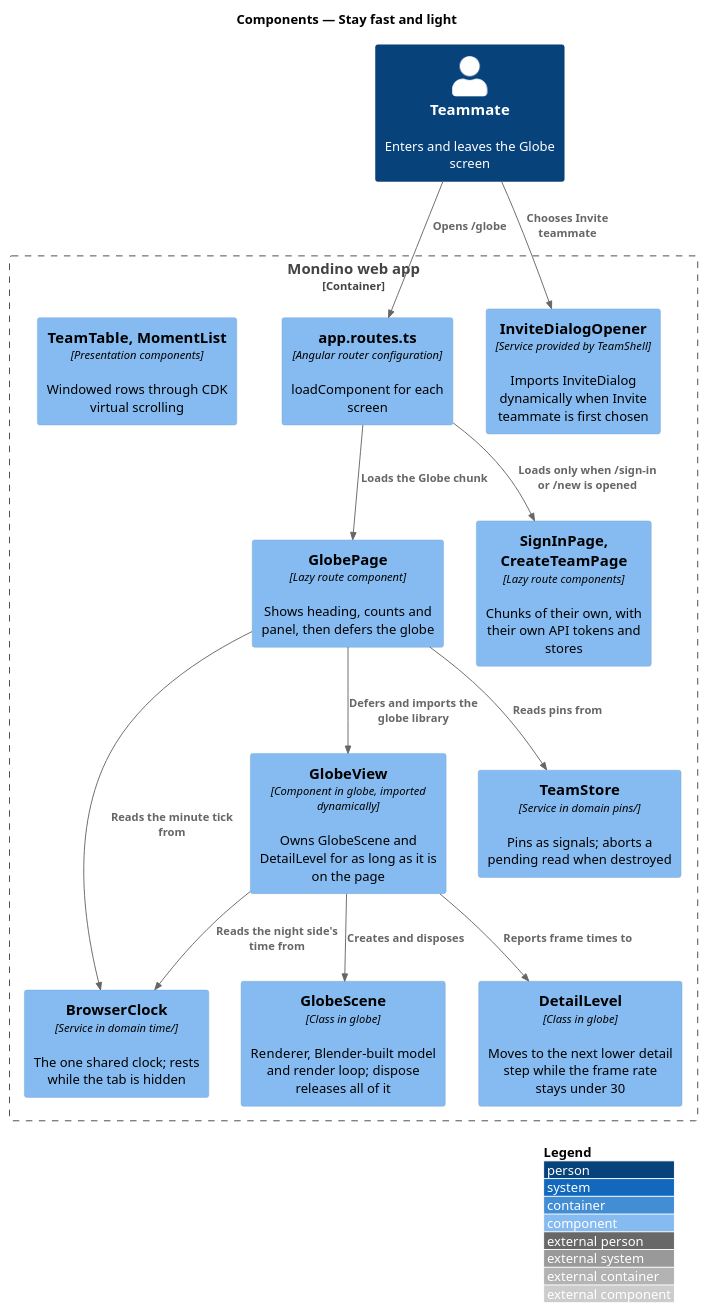
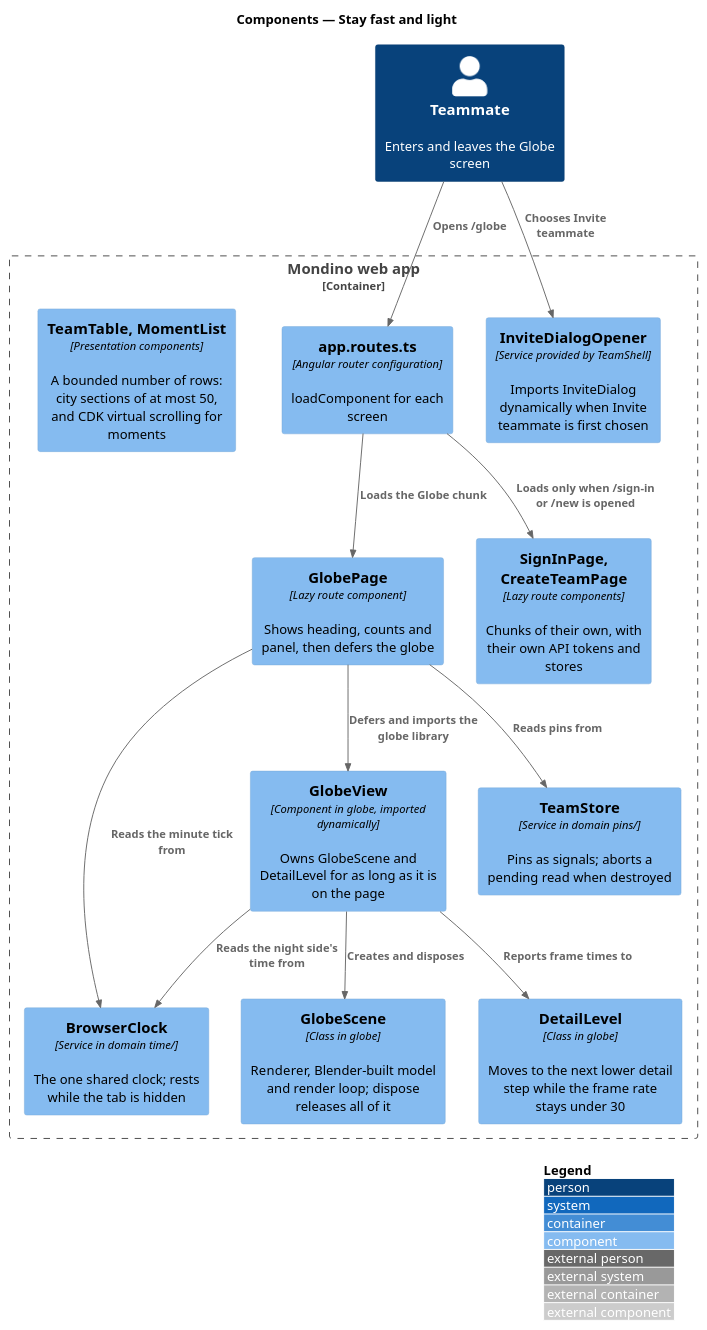
The diagram in docs/detailed-designs/platform/stay-fast-and-light/diagrams/c4-component.puml (QuinntyneBrown/Mondino), drawn with PlantUML before and after one commit. The commit also changed 16 other files, not shown here.

```diff
--- a/docs/detailed-designs/platform/stay-fast-and-light/diagrams/c4-component.puml
+++ b/docs/detailed-designs/platform/stay-fast-and-light/diagrams/c4-component.puml
@@ -1,29 +1,29 @@
 @startuml
 !include <C4/C4_Component>
 LAYOUT_WITH_LEGEND()
 title Components — Stay fast and light
 
 Person(teammate, "Teammate", "Enters and leaves the Globe screen")
 Container_Boundary(spa, "Mondino web app") {
   Component(routes, "app.routes.ts", "Angular router configuration", "loadComponent for each screen")
   Component(page, "GlobePage", "Lazy route component", "Shows heading, counts and panel, then defers the globe")
   Component(view, "GlobeView", "Component in globe, imported dynamically", "Owns GlobeScene and DetailLevel for as long as it is on the page")
   Component(scene, "GlobeScene", "Class in globe", "Renderer, Blender-built model and render loop; dispose releases all of it")
   Component(detail, "DetailLevel", "Class in globe", "Moves to the next lower detail step while the frame rate stays under 30")
   Component(clock, "BrowserClock", "Service in domain time/", "The one shared clock; rests while the tab is hidden")
   Component(store, "TeamStore", "Service in domain pins/", "Pins as signals; aborts a pending read when destroyed")
   Component(opener, "InviteDialogOpener", "Service provided by TeamShell", "Imports InviteDialog dynamically when Invite teammate is first chosen")
   Component(auth, "SignInPage, CreateTeamPage", "Lazy route components", "Chunks of their own, with their own API tokens and stores")
-  Component(lists, "TeamTable, MomentList", "Presentation components", "Windowed rows through CDK virtual scrolling")
+  Component(lists, "TeamTable, MomentList", "Presentation components", "A bounded number of rows: city sections of at most 50, and CDK virtual scrolling for moments")
 }
 Rel(teammate, routes, "Opens /globe")
 Rel(routes, page, "Loads the Globe chunk")
 Rel(routes, auth, "Loads only when /sign-in or /new is opened")
 Rel(teammate, opener, "Chooses Invite teammate")
 Rel(page, view, "Defers and imports the globe library")
 Rel(view, scene, "Creates and disposes")
 Rel(view, detail, "Reports frame times to")
 Rel(view, clock, "Reads the night side's time from")
 Rel(page, store, "Reads pins from")
 Rel(page, clock, "Reads the minute tick from")
 @enduml
```
